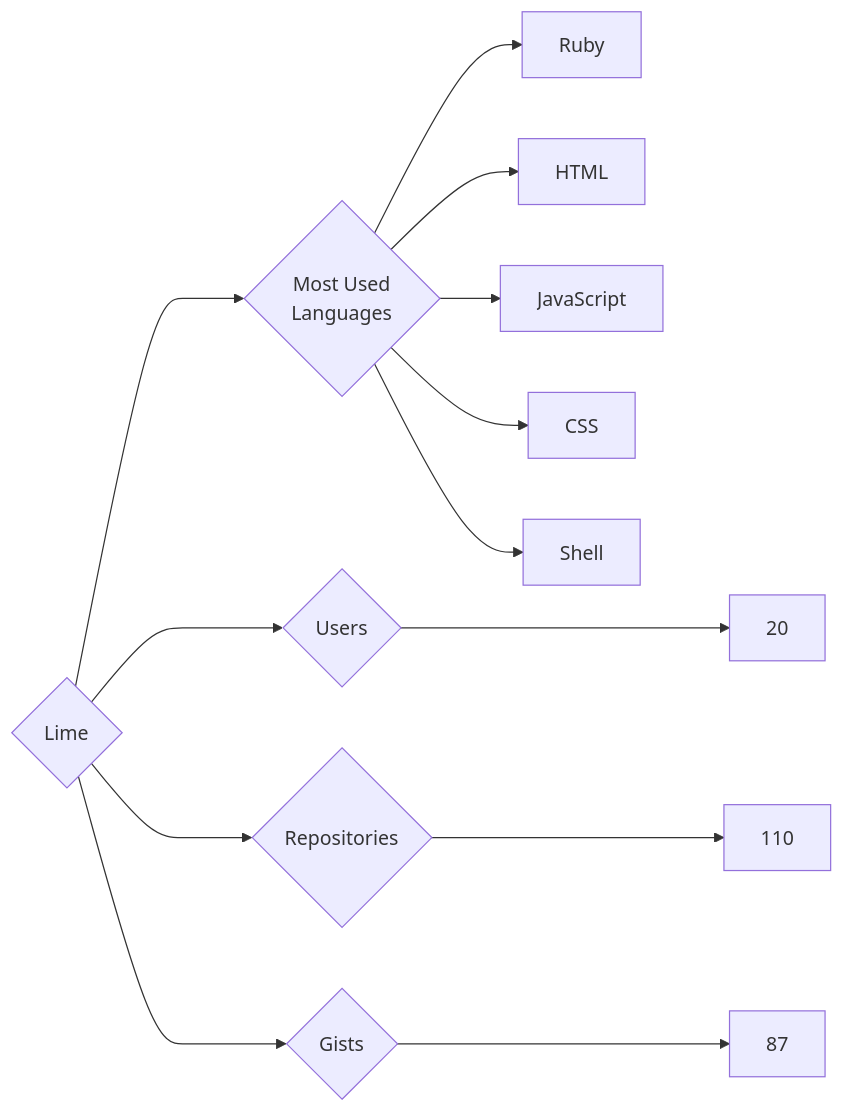
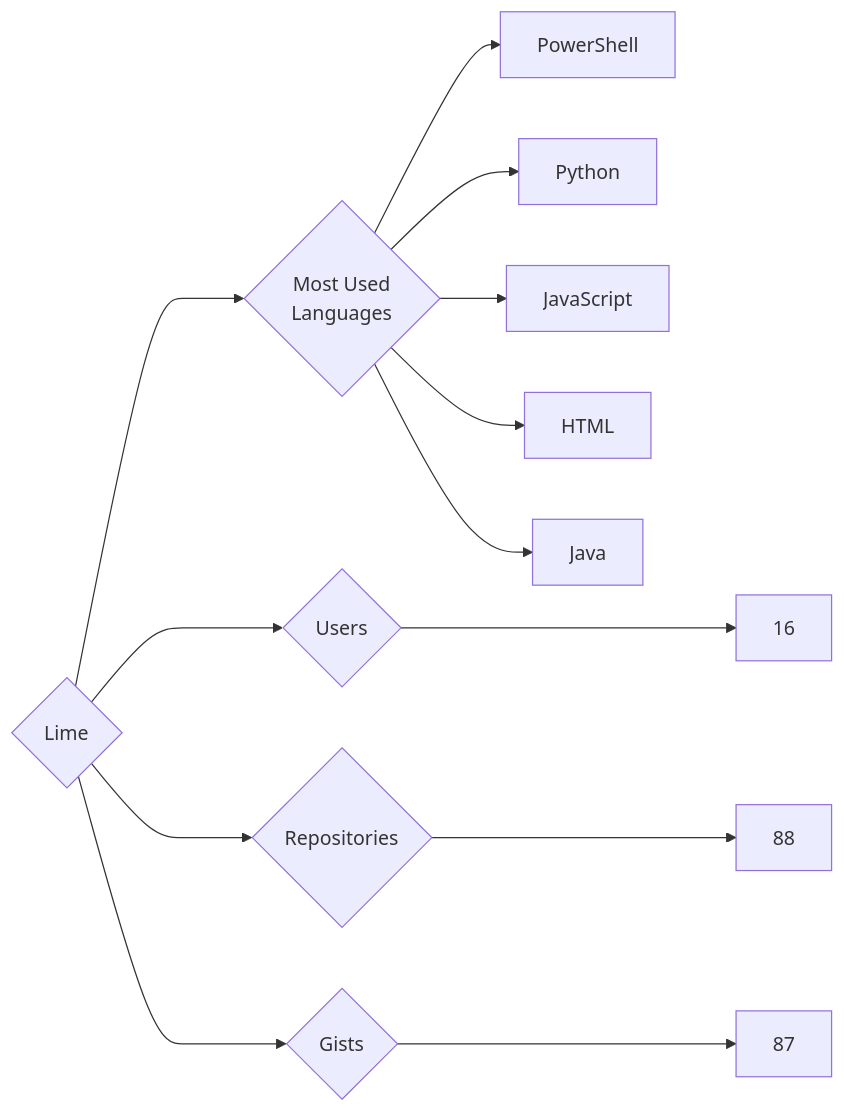
Before and after one commit to trickest/insiders: the diagram in targets/Lime/README.md, drawn with Mermaid. The commit also changed 750 other files, not shown here.

````diff
--- a/targets/Lime/README.md
+++ b/targets/Lime/README.md
@@ -3,13 +3,13 @@
 ```mermaid
 graph LR
 COMPANY_NAME{Lime}
-COMPANY_NAME ---> U{Users} ---> UN[20]
-COMPANY_NAME ---> R{Repositories} ---> RN[110]
+COMPANY_NAME ---> U{Users} ---> UN[16]
+COMPANY_NAME ---> R{Repositories} ---> RN[88]
 COMPANY_NAME ---> G{Gists} ---> GN[87]
 COMPANY_NAME ---> ML{Most Used<br>Languages}
-ML --> Ruby[Ruby]
+ML --> PowerShell[PowerShell]
+ML --> Python[Python]
+ML --> JavaScript[JavaScript]
 ML --> HTML[HTML]
-ML --> JavaScript[JavaScript]
-ML --> CSS[CSS]
-ML --> Shell[Shell]
+ML --> Java[Java]
 ```
````
